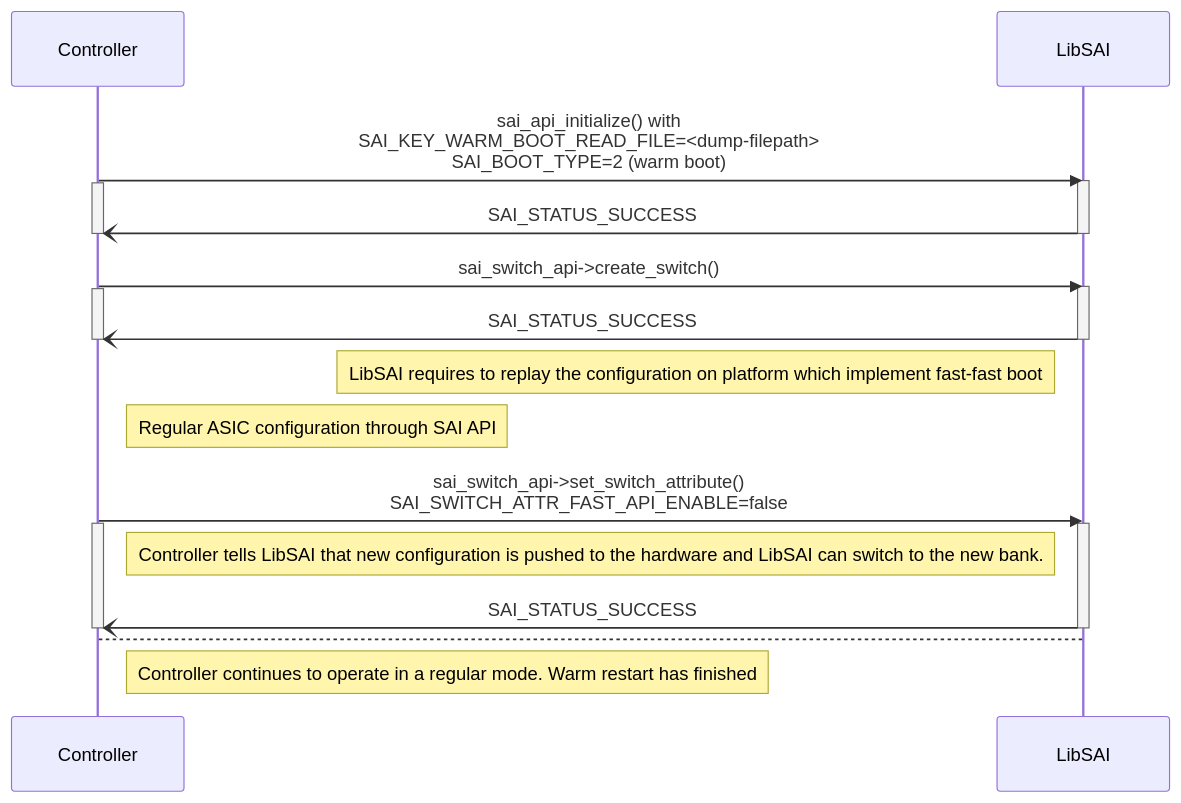
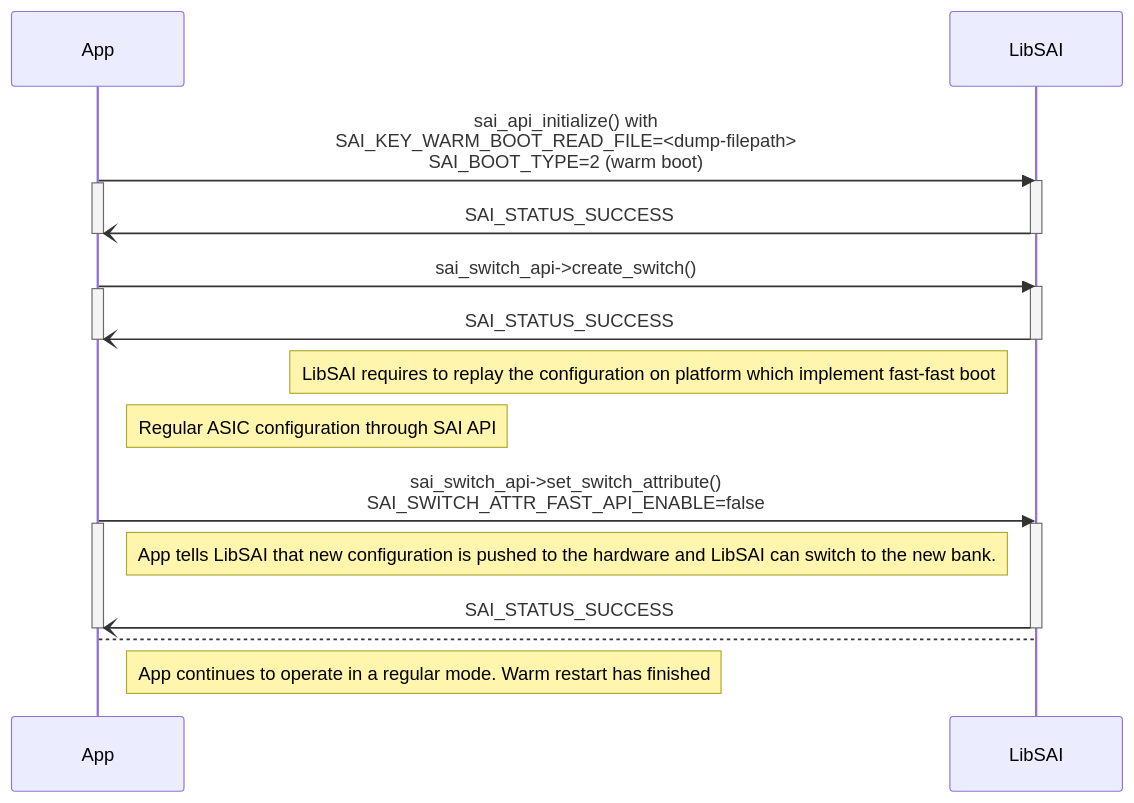
The third of 11 diagrams in doc/warm-reboot/wb.md (stepanblyschak/SONiC), drawn with Mermaid before and after one commit. The commit also changed other lines of this file, not shown here.

````diff
--- a/doc/warm-reboot/wb.md
+++ b/doc/warm-reboot/wb.md
@@ -205,26 +219,26 @@
 ```mermaid
 sequenceDiagram
-    Controller->>LibSAI: sai_api_initialize() with <br/>SAI_KEY_WARM_BOOT_READ_FILE=<dump-filepath> <br/> SAI_BOOT_TYPE=2 (warm boot)
+    App->>LibSAI: sai_api_initialize() with <br/>SAI_KEY_WARM_BOOT_READ_FILE=<dump-filepath> <br/> SAI_BOOT_TYPE=2 (warm boot)
     activate LibSAI
-    activate Controller
-    LibSAI-)Controller: SAI_STATUS_SUCCESS
+    activate App
+    LibSAI-)App: SAI_STATUS_SUCCESS
     deactivate LibSAI
-    deactivate Controller
-    Controller->>LibSAI: sai_switch_api->create_switch()
+    deactivate App
+    App->>LibSAI: sai_switch_api->create_switch()
     activate LibSAI
-    activate Controller
-    LibSAI-)Controller: SAI_STATUS_SUCCESS
+    activate App
+    LibSAI-)App: SAI_STATUS_SUCCESS
     deactivate LibSAI
-    deactivate Controller
+    deactivate App
      Note left of LibSAI: LibSAI requires to replay the configuration on platform which implement fast-fast boot
-     Note right of Controller: Regular ASIC configuration through SAI API
-    Controller->>LibSAI: sai_switch_api->set_switch_attribute() <br/> SAI_SWITCH_ATTR_FAST_API_ENABLE=false
+     Note right of App: Regular ASIC configuration through SAI API
+    App->>LibSAI: sai_switch_api->set_switch_attribute() <br/> SAI_SWITCH_ATTR_FAST_API_ENABLE=false
     activate LibSAI
-    activate Controller
-     Note right of Controller: Controller tells LibSAI that new configuration is pushed to the hardware and LibSAI can switch to the new bank.
-    LibSAI-)Controller: SAI_STATUS_SUCCESS
+    activate App
+     Note right of App: App tells LibSAI that new configuration is pushed to the hardware and LibSAI can switch to the new bank.
+    LibSAI-)App: SAI_STATUS_SUCCESS
     deactivate LibSAI
-    deactivate Controller
-    Controller-->LibSAI: 
-     Note right of Controller: Controller continues to operate in a regular mode. Warm restart has finished
+    deactivate App
+    App-->LibSAI: 
+     Note right of App: App continues to operate in a regular mode. Warm restart has finished
 ```
````
